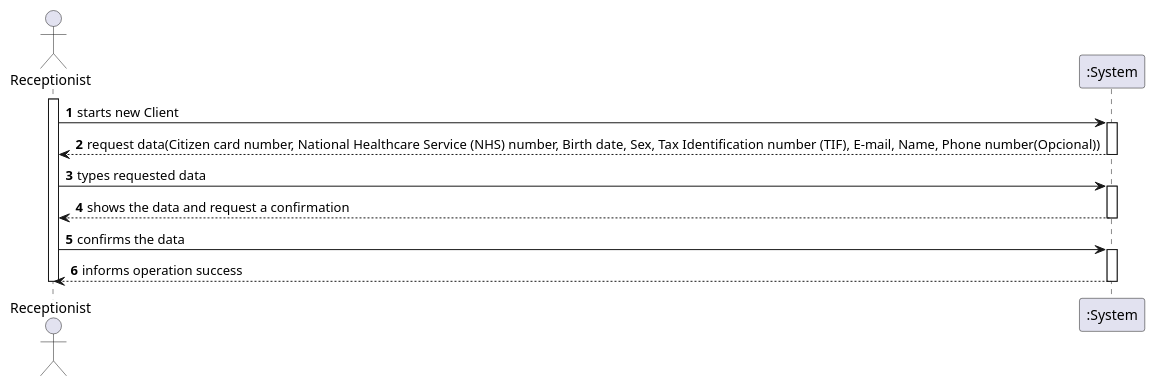
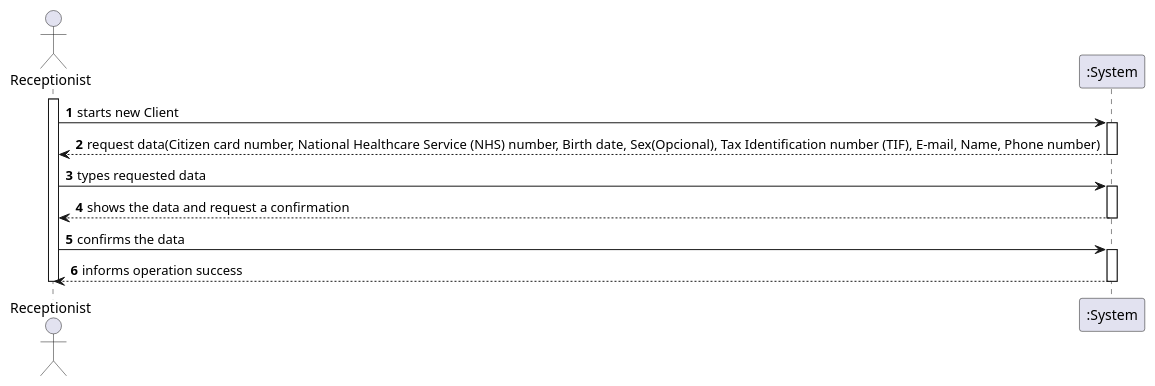
Before and after one commit to Pedromaia26/LAPR2-ISEP: the diagram in docs/SprintB/US3_RegisterClient/US003_SSD.puml, drawn with PlantUML.

Commit message:
US003_SSD.puml edited online with Bitbucket

```diff
--- a/docs/SprintB/US3_RegisterClient/US003_SSD.puml
+++ b/docs/SprintB/US3_RegisterClient/US003_SSD.puml
@@ -1,20 +1,20 @@
 @startuml
 actor Receptionist as Adm
 participant ":System" as System
 
 autonumber
 activate Adm
 Adm -> System: starts new Client
 activate System
-System --> Adm: request data(Citizen card number, National Healthcare Service (NHS) number, Birth date, Sex, Tax Identification number (TIF), E-mail, Name, Phone number(Opcional))
+System --> Adm: request data(Citizen card number, National Healthcare Service (NHS) number, Birth date, Sex(Opcional), Tax Identification number (TIF), E-mail, Name, Phone number)
 deactivate System
 Adm -> System: types requested data
 activate System
 System --> Adm: shows the data and request a confirmation
 deactivate System
 Adm -> System: confirms the data
 activate System
 System --> Adm: informs operation success 
 deactivate System
 deactivate Adm
 @enduml
```
